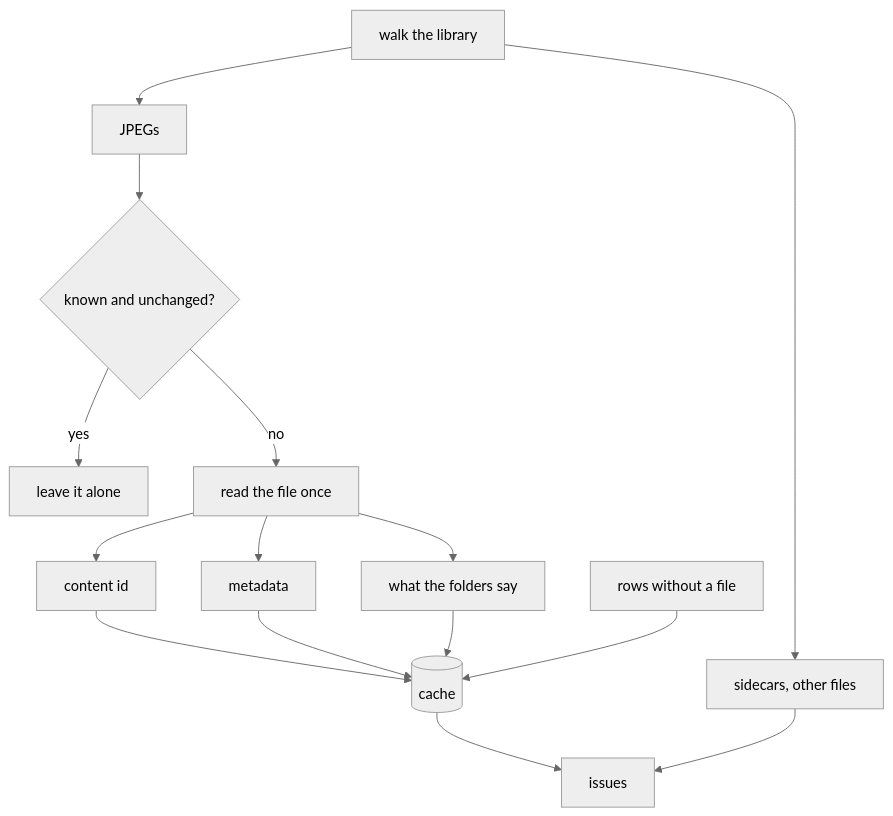
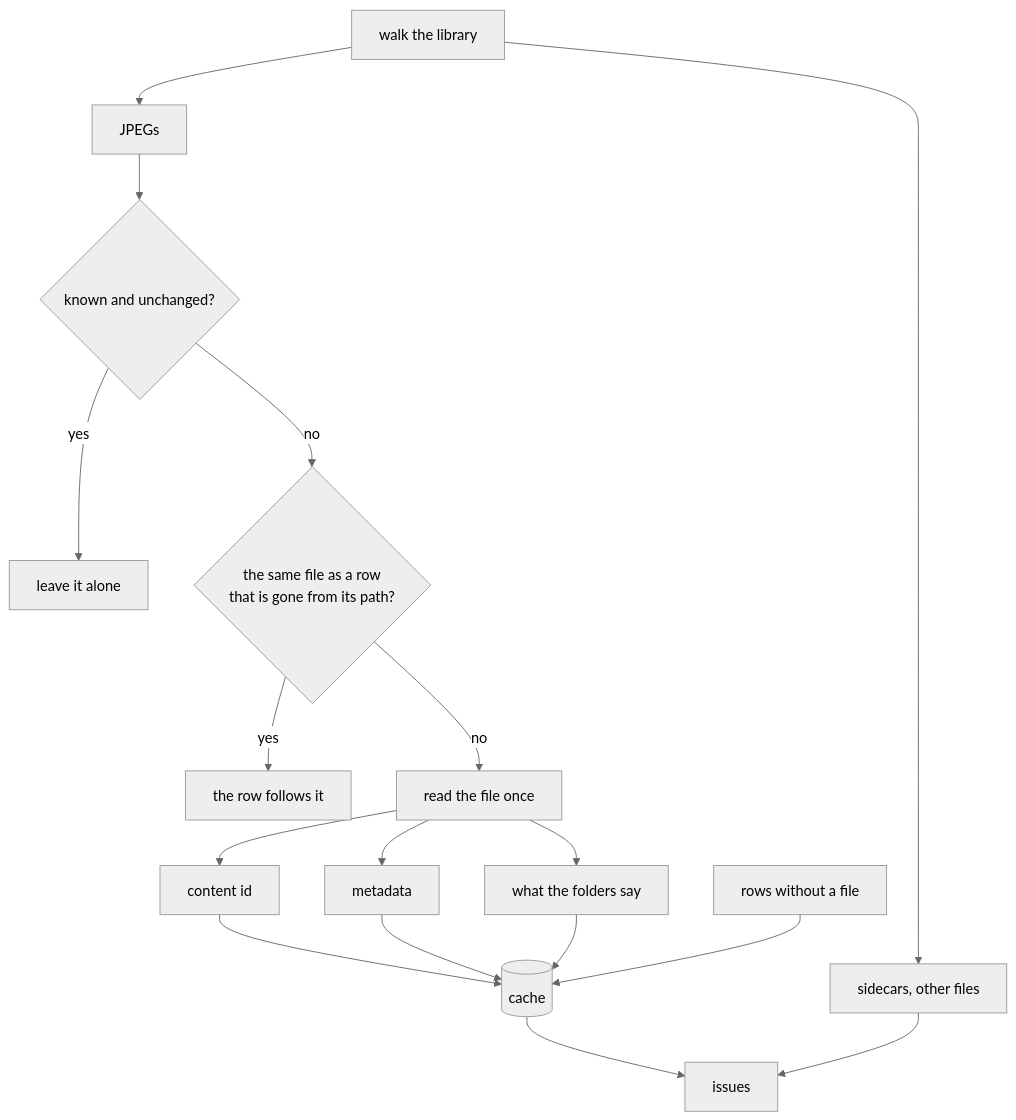
One commit to xuedi/photoManager changed the second of 2 diagrams in docs/cache.md. Above: the diagram before and after it, drawn with Mermaid (neutral theme). The commit also changed other lines of this file and 6 other files, not shown here.

````diff
--- a/docs/cache.md
+++ b/docs/cache.md
@@ -89,17 +89,19 @@
 ```mermaid
 flowchart TD
     walk[walk the library] --> photos[JPEGs]
     walk --> strays[sidecars, other files]
     photos --> known{known and unchanged?}
     known -- yes --> skip[leave it alone]
-    known -- no --> read[read the file once]
+    known -- no --> renamed{the same file as a row<br/>that is gone from its path?}
+    renamed -- yes --> follow[the row follows it]
+    renamed -- no --> read[read the file once]
     read --> hash[content id]
     read --> meta[metadata]
     hash --> row[(cache)]
     meta --> row
     read --> place[what the folders say]
     place --> row
     row --> issues[issues]
     strays --> issues
     gone[rows without a file] --> row
 ```
````
